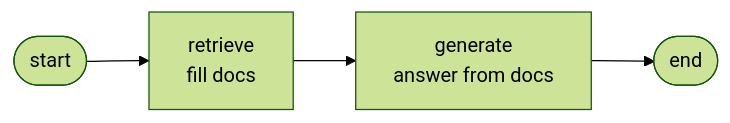
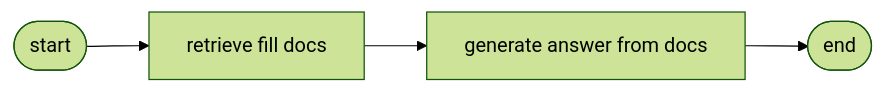
One commit to WBHankins93/ai-engineering-studio changed the first of 2 diagrams in foundations/langgraph-how-to.md. Above: the diagram before and after it, drawn with Mermaid (forest theme). The commit also changed other lines of this file and 6 other files, not shown here.

Commit message:
Simplify mermaid labels to strict-mode-safe single lines

````diff
--- a/foundations/langgraph-how-to.md
+++ b/foundations/langgraph-how-to.md
@@ -64,6 +64,6 @@
 ```mermaid
 flowchart LR
-  START(["start"]) --> R["retrieve<br/>fill docs"]
-  R --> G["generate<br/>answer from docs"]
+  START(["start"]) --> R["retrieve fill docs"]
+  R --> G["generate answer from docs"]
   G --> E(["end"])
 ```
````
